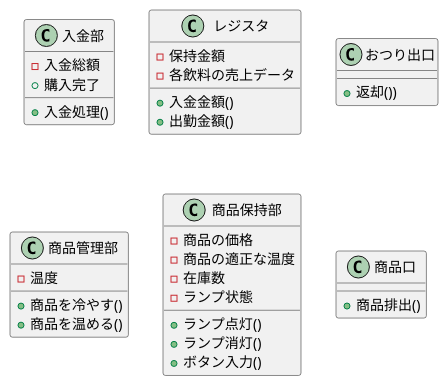
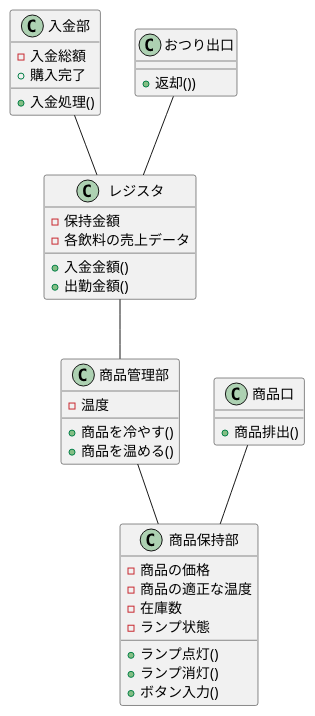
The diagram in kattsun17/Q03/class.pu (SLP-ETR-public/plantUML-recture), drawn with PlantUML before and after one commit. The commit also changed 2 other files, not shown here.

Commit message:
(kattsun17:Q03) クラス図の関連を表記

```diff
--- a/kattsun17/Q03/class.pu
+++ b/kattsun17/Q03/class.pu
@@ -1,42 +1,46 @@
 @startuml
 
 class 入金部 {
     - 入金総額
     + 入金処理()
     + 購入完了
 }
 
 class レジスタ {
     - 保持金額
     - 各飲料の売上データ
     + 入金金額()
     + 出勤金額()
 }
 
 class おつり出口 {
     + 返却())
 }
 
 class 商品管理部 {
     - 温度
     + 商品を冷やす()
     + 商品を温める()
 }
 
 class 商品保持部 {
     - 商品の価格
     - 商品の適正な温度
     - 在庫数
     - ランプ状態
     + ランプ点灯()
     + ランプ消灯()
     + ボタン入力()
 }
 
 class 商品口 {
     + 商品排出()
 } 
 
-
+商品管理部 -- 商品保持部
+商品口 -- 商品保持部
+おつり出口 -- レジスタ
+入金部 -- レジスタ
+レジスタ -- 商品管理部
 
 @enduml
```
